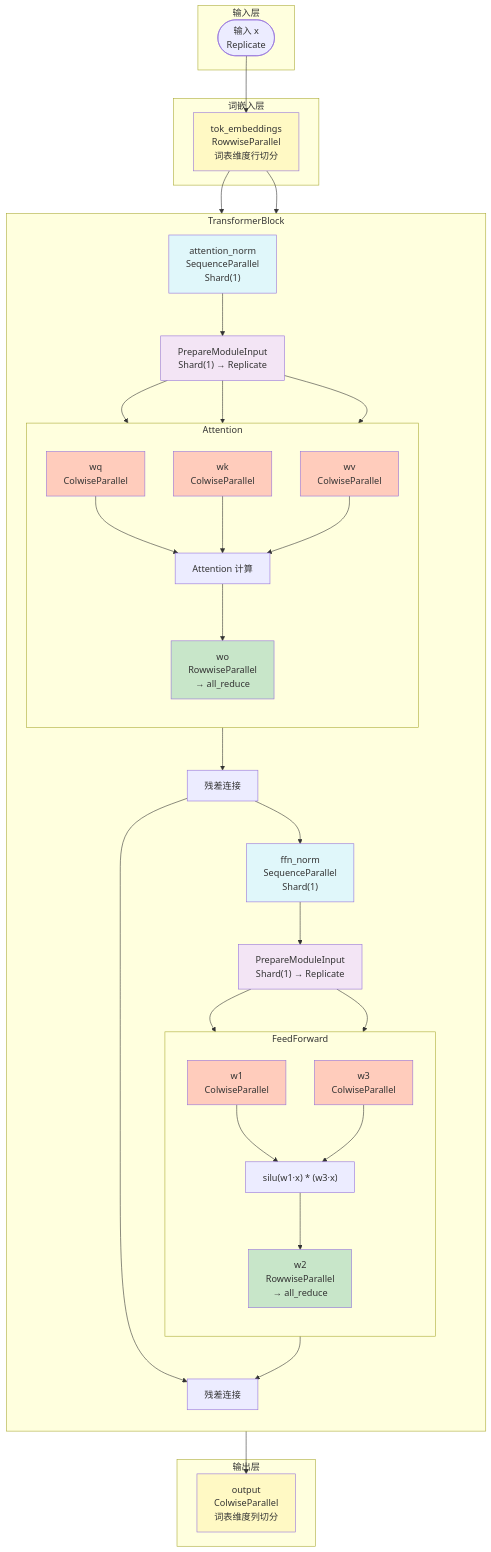
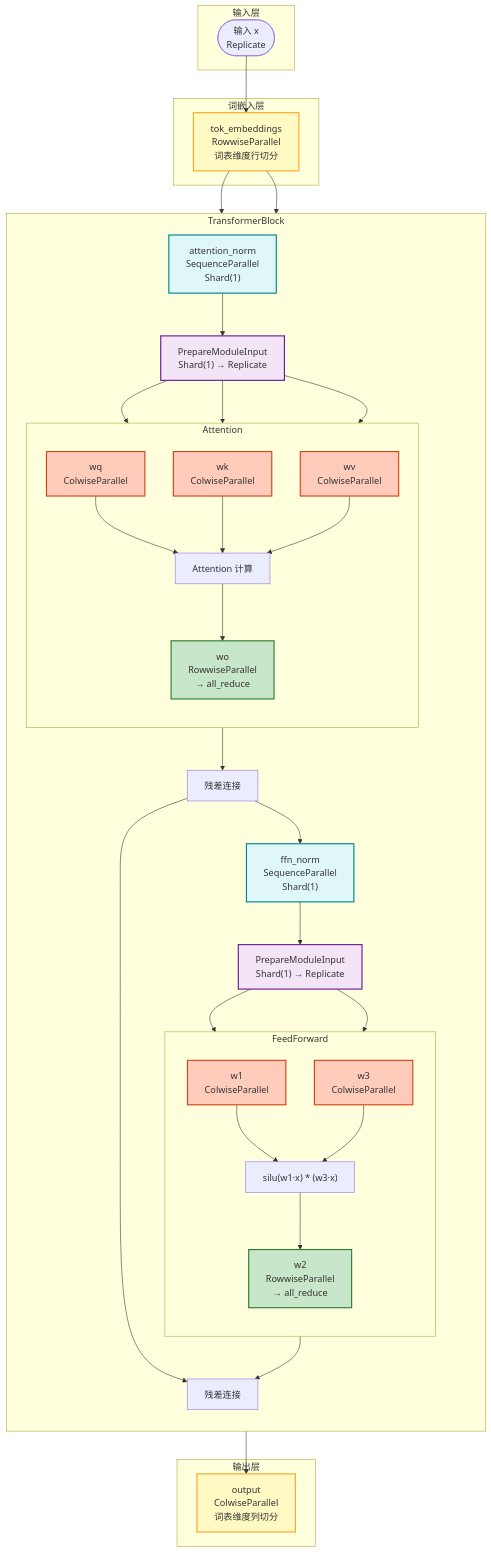
The third of 18 diagrams in docs/fsdp2_tp_tutorial.md (jianzhnie/ScaleTorch), drawn with Mermaid before and after one commit. The commit also changed other lines of this file, not shown here.

First line of the commit message:
docs(fsdp2_tp_tutorial): refine mermaid diagrams and fix tutorial formatting

````diff
--- a/docs/fsdp2_tp_tutorial.md
+++ b/docs/fsdp2_tp_tutorial.md
@@ -139,80 +140,80 @@
 ```mermaid
 flowchart TB
- subgraph Input["输入层"]
- X(["输入 x\nReplicate"])
- end
+    subgraph Input["输入层"]
+        X(["输入 x\nReplicate"])
+    end
 
- subgraph Embed["词嵌入层"]
- E["tok_embeddings\nRowwiseParallel\n词表维度行切分"]
- end
+    subgraph Embed["词嵌入层"]
+        E["tok_embeddings\nRowwiseParallel\n词表维度行切分"]
+    end
 
- subgraph Block["TransformerBlock"]
- direction TB
- SN1["attention_norm\nSequenceParallel\nShard(1)"]
- Prep1["PrepareModuleInput\nShard(1) → Replicate"]
+    subgraph Block["TransformerBlock"]
+        direction TB
+        SN1["attention_norm\nSequenceParallel\nShard(1)"]
+        Prep1["PrepareModuleInput\nShard(1) → Replicate"]
 
- subgraph Attn["Attention"]
- direction TB
- WQ["wq\nColwiseParallel"]
- WK["wk\nColwiseParallel"]
- WV["wv\nColwiseParallel"]
- AttnOp["Attention 计算"]
- WO["wo\nRowwiseParallel\n→ all_reduce"]
- end
+        subgraph Attn["Attention"]
+            direction TB
+            WQ["wq\nColwiseParallel"]
+            WK["wk\nColwiseParallel"]
+            WV["wv\nColwiseParallel"]
+            AttnOp["Attention 计算"]
+            WO["wo\nRowwiseParallel\n→ all_reduce"]
+        end
 
- Res1["残差连接"]
- SN2["ffn_norm\nSequenceParallel\nShard(1)"]
- Prep2["PrepareModuleInput\nShard(1) → Replicate"]
+        Res1["残差连接"]
+        SN2["ffn_norm\nSequenceParallel\nShard(1)"]
+        Prep2["PrepareModuleInput\nShard(1) → Replicate"]
 
- subgraph FFN["FeedForward"]
- direction TB
- W1["w1\nColwiseParallel"]
- W3["w3\nColwiseParallel"]
- SwiGLU["silu(w1·x) * (w3·x)"]
- W2["w2\nRowwiseParallel\n→ all_reduce"]
- end
+        subgraph FFN["FeedForward"]
+            direction TB
+            W1["w1\nColwiseParallel"]
+            W3["w3\nColwiseParallel"]
+            SwiGLU["silu(w1·x) * (w3·x)"]
+            W2["w2\nRowwiseParallel\n→ all_reduce"]
+        end
 
- Res2["残差连接"]
- end
+        Res2["残差连接"]
+    end
 
- subgraph Output["输出层"]
- Out["output\nColwiseParallel\n词表维度列切分"]
- end
+    subgraph Output["输出层"]
+        Out["output\nColwiseParallel\n词表维度列切分"]
+    end
 
- X --> E
- E --> SN1
- SN1 --> Prep1
- Prep1 --> WQ
- Prep1 --> WK
- Prep1 --> WV
- WQ --> AttnOp
- WK --> AttnOp
- WV --> AttnOp
- AttnOp --> WO
- WO --> Res1
- E --> Res1
- Res1 --> SN2
- SN2 --> Prep2
- Prep2 --> W1
- Prep2 --> W3
- W1 --> SwiGLU
- W3 --> SwiGLU
- SwiGLU --> W2
- W2 --> Res2
- Res1 --> Res2
- Res2 --> Out
+    X --> E
+    E --> SN1
+    SN1 --> Prep1
+    Prep1 --> WQ
+    Prep1 --> WK
+    Prep1 --> WV
+    WQ --> AttnOp
+    WK --> AttnOp
+    WV --> AttnOp
+    AttnOp --> WO
+    WO --> Res1
+    E --> Res1
+    Res1 --> SN2
+    SN2 --> Prep2
+    Prep2 --> W1
+    Prep2 --> W3
+    W1 --> SwiGLU
+    W3 --> SwiGLU
+    SwiGLU --> W2
+    W2 --> Res2
+    Res1 --> Res2
+    Res2 --> Out
 
- style E fill:#fff9c4
- style SN1 fill:#e0f7fa
- style SN2 fill:#e0f7fa
- style WQ fill:#ffccbc
- style WK fill:#ffccbc
- style WV fill:#ffccbc
- style W1 fill:#ffccbc
- style W3 fill:#ffccbc
- style WO fill:#c8e6c9
- style W2 fill:#c8e6c9
- style Prep1 fill:#f3e5f5
- style Prep2 fill:#f3e5f5
- style Out fill:#fff9c4
+    style E fill:#fff9c4,stroke:#f9a825,stroke-width:2px
+    style SN1 fill:#e0f7fa,stroke:#00838f,stroke-width:2px
+    style SN2 fill:#e0f7fa,stroke:#00838f,stroke-width:2px
+    style WQ fill:#ffccbc,stroke:#d84315,stroke-width:2px
+    style WK fill:#ffccbc,stroke:#d84315,stroke-width:2px
+    style WV fill:#ffccbc,stroke:#d84315,stroke-width:2px
+    style W1 fill:#ffccbc,stroke:#d84315,stroke-width:2px
+    style W3 fill:#ffccbc,stroke:#d84315,stroke-width:2px
+    style WO fill:#c8e6c9,stroke:#2e7d32,stroke-width:2px
+    style W2 fill:#c8e6c9,stroke:#2e7d32,stroke-width:2px
+    style Prep1 fill:#f3e5f5,stroke:#6a1b9a,stroke-width:2px
+    style Prep2 fill:#f3e5f5,stroke:#6a1b9a,stroke-width:2px
+    style Out fill:#fff9c4,stroke:#f9a825,stroke-width:2px
 ```
````
